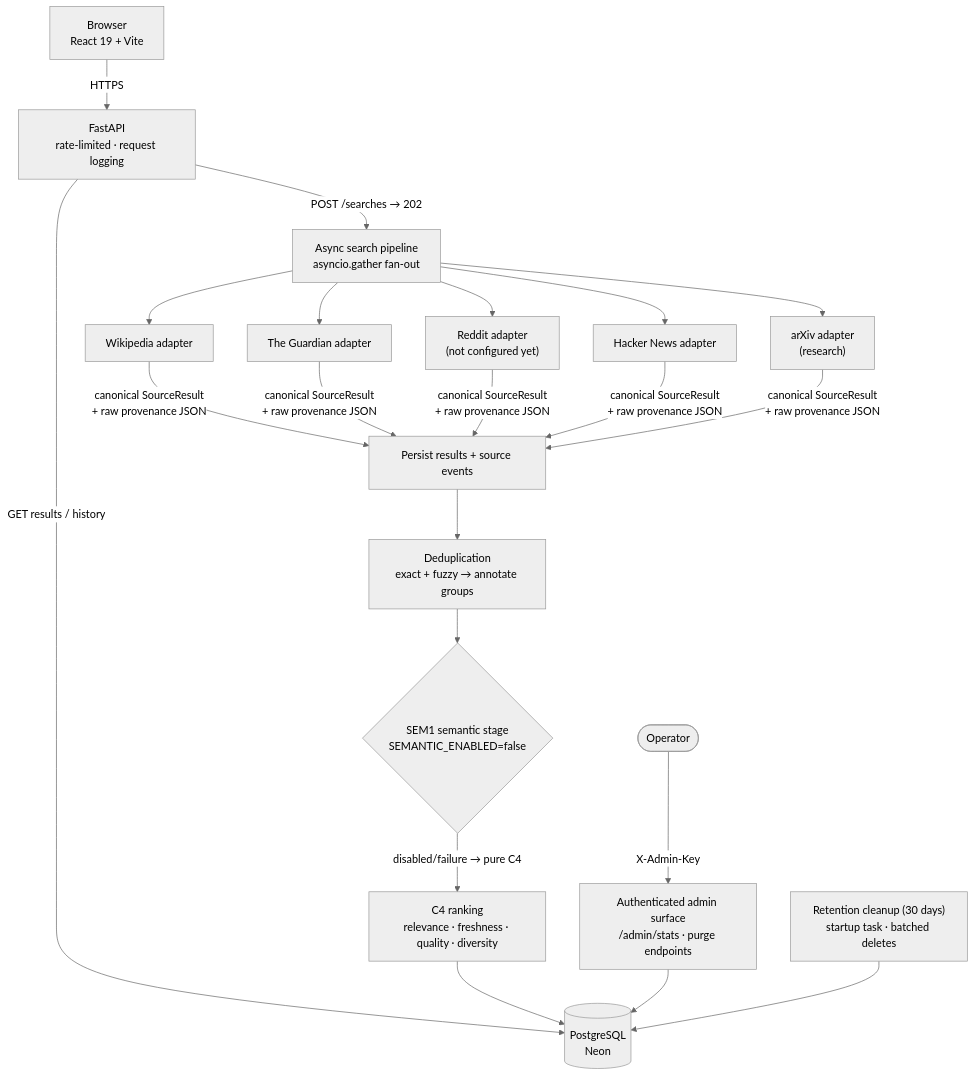
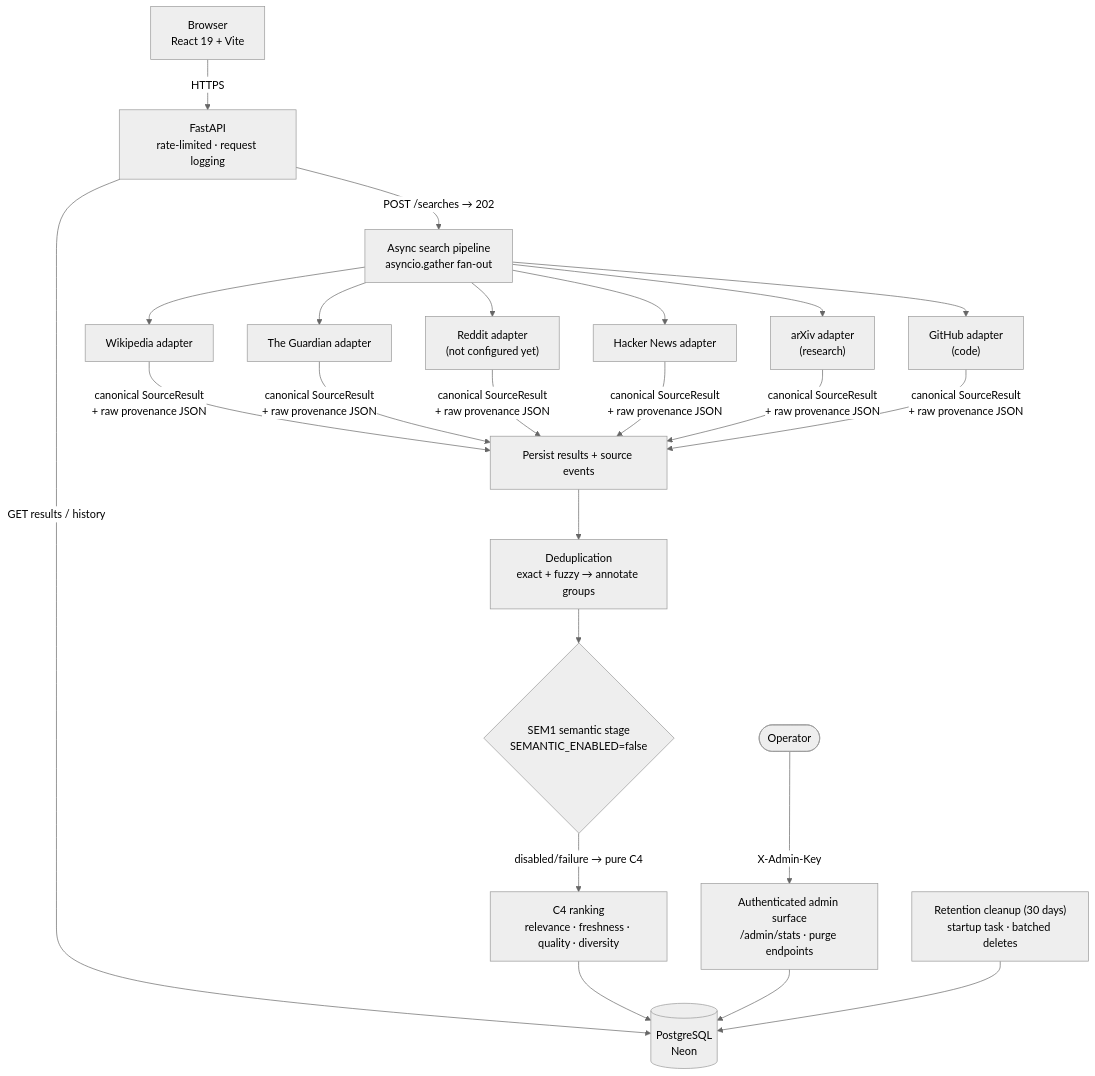
Before and after one commit to sktharunbalaji13-cmd/signalpulse: the diagram in README.md, drawn with Mermaid (neutral theme). The commit also changed other lines of this file and 19 other files, not shown here.

Commit message:
feat(M22.2): add GitHub code source with gated ranking evidence

````diff
--- a/README.md
+++ b/README.md
@@ -40,25 +40,26 @@
 ```mermaid
 flowchart TB
     B["Browser<br/>React 19 + Vite"] -->|"HTTPS"| API["FastAPI<br/>rate-limited · request logging"]
 
     API -->|"POST /searches → 202"| PIPE["Async search pipeline<br/>asyncio.gather fan-out"]
     API -->|"GET results / history"| DB[("PostgreSQL<br/>Neon")]
 
     PIPE --> W["Wikipedia adapter"]
     PIPE --> G["The Guardian adapter"]
     PIPE --> R["Reddit adapter<br/>(not configured yet)"]
     PIPE --> HN["Hacker News adapter"]
     PIPE --> AX["arXiv adapter<br/>(research)"]
+    PIPE --> GH["GitHub adapter<br/>(code)"]
 
-    W & G & R & HN & AX -->|"canonical SourceResult<br/>+ raw provenance JSON"| PERSIST["Persist results + source events"]
+    W & G & R & HN & AX & GH -->|"canonical SourceResult<br/>+ raw provenance JSON"| PERSIST["Persist results + source events"]
 
     PERSIST --> DEDUP["Deduplication<br/>exact + fuzzy → annotate groups"]
     DEDUP --> SEM{"SEM1 semantic stage<br/>SEMANTIC_ENABLED=false"}
     SEM -->|"disabled/failure → pure C4"| RANK["C4 ranking<br/>relevance · freshness · quality · diversity"]
     RANK --> DB
 
     ADMIN(["Operator"]) -->|"X-Admin-Key"| SEC["Authenticated admin surface<br/>/admin/stats · purge endpoints"]
     SEC --> DB
 
     CLEANUP["Retention cleanup (30 days)<br/>startup task · batched deletes"] --> DB
 ```
````
